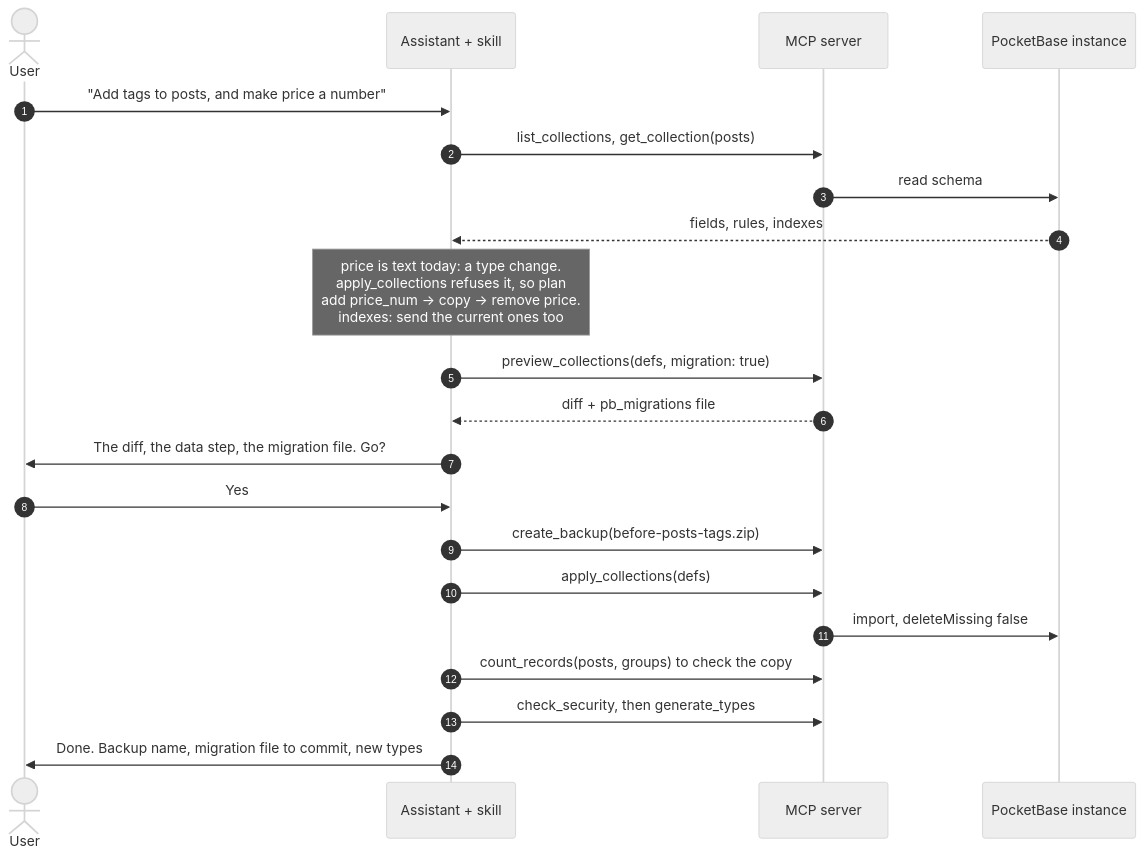
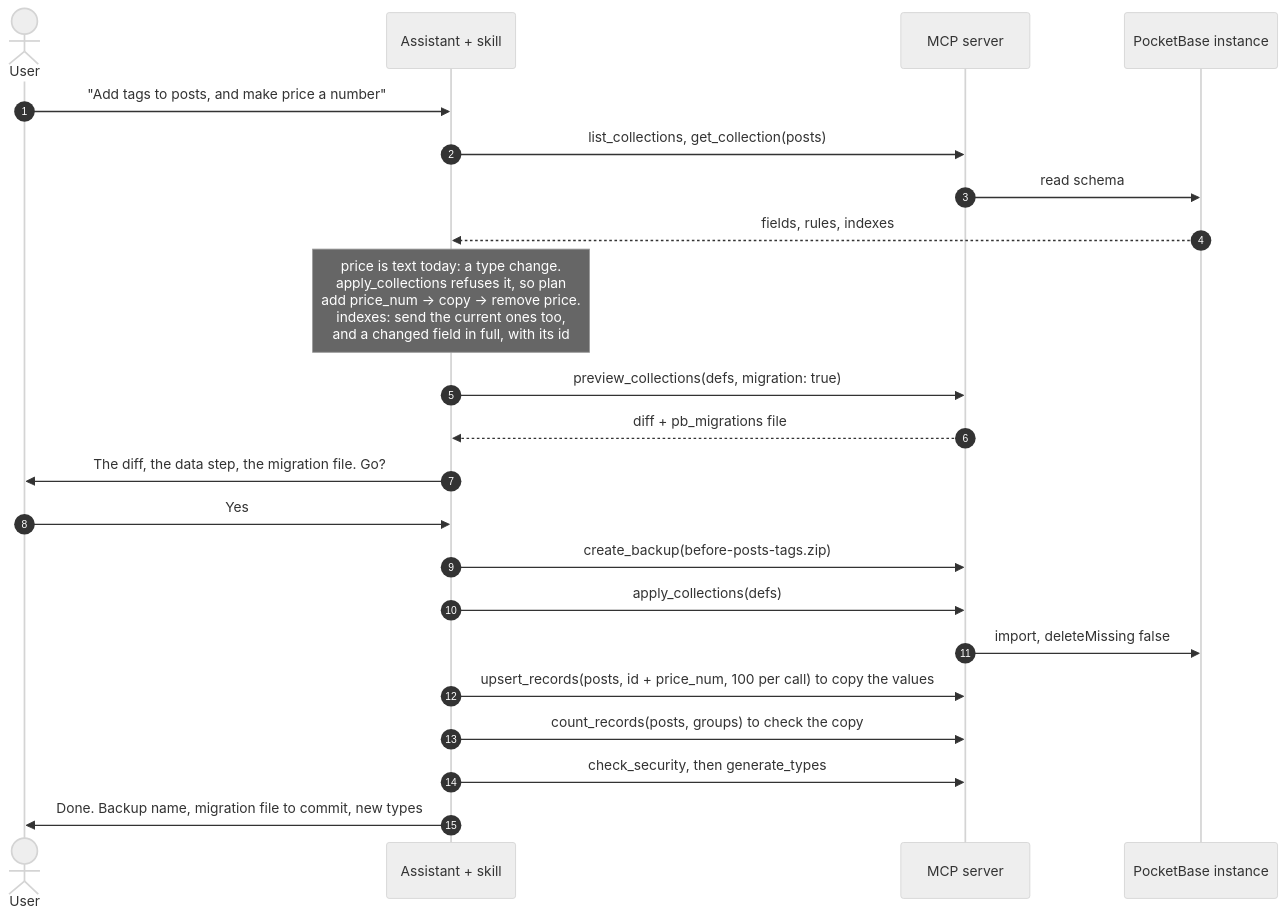
One commit to pocketbasecloud/mcp changed the fourth of 8 diagrams in docs/skill-design/use-cases.md. Above: the diagram before and after it, drawn with Mermaid (neutral theme). The commit also changed other lines of this file and 4 other files, not shown here.

````diff
--- a/docs/skill-design/use-cases.md
+++ b/docs/skill-design/use-cases.md
@@ -179,24 +187,25 @@
 ```mermaid
 sequenceDiagram
   autonumber
   actor U as User
   participant A as Assistant + skill
   participant M as MCP server
   participant P as PocketBase instance
 
   U->>A: "Add tags to posts, and make price a number"
   A->>M: list_collections, get_collection(posts)
   M->>P: read schema
   P-->>A: fields, rules, indexes
-  Note over A: price is text today: a type change.<br/>apply_collections refuses it, so plan<br/>add price_num → copy → remove price.<br/>indexes: send the current ones too
+  Note over A: price is text today: a type change.<br/>apply_collections refuses it, so plan<br/>add price_num → copy → remove price.<br/>indexes: send the current ones too,<br/>and a changed field in full, with its id
   A->>M: preview_collections(defs, migration: true)
   M-->>A: diff + pb_migrations file
   A->>U: The diff, the data step, the migration file. Go?
   U->>A: Yes
   A->>M: create_backup(before-posts-tags.zip)
   A->>M: apply_collections(defs)
   M->>P: import, deleteMissing false
+  A->>M: upsert_records(posts, id + price_num, 100 per call) to copy the values
   A->>M: count_records(posts, groups) to check the copy
   A->>M: check_security, then generate_types
   A->>U: Done. Backup name, migration file to commit, new types
 ```
````
